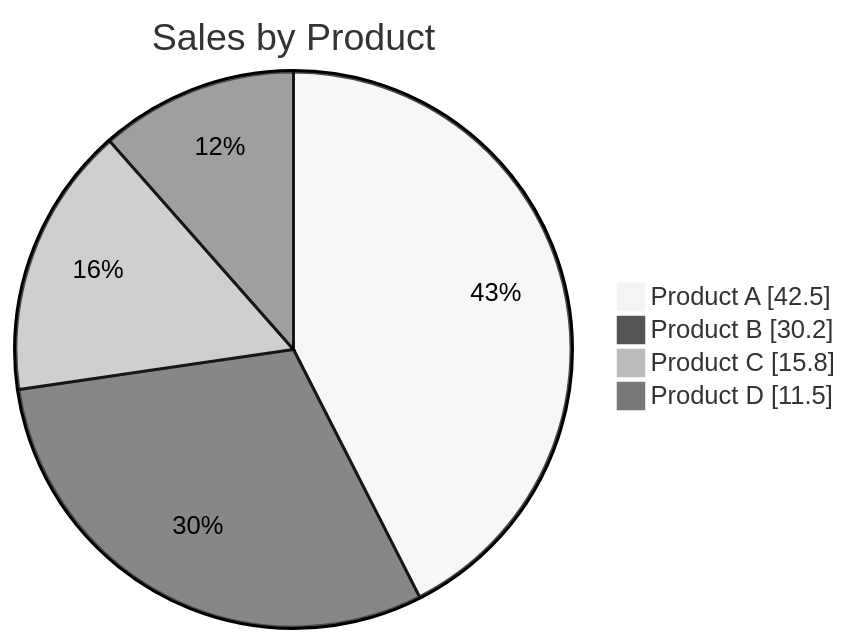
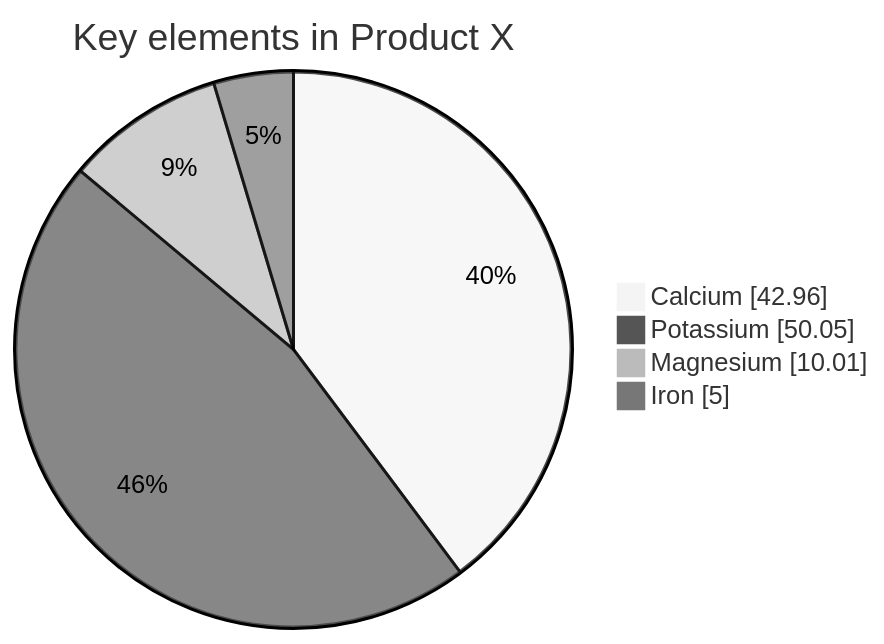
One commit to teachingai/full-stack-skills changed the second of 4 diagrams in skills/mermaid/examples/pie.md. Above: the diagram before and after it, drawn with Mermaid (neutral theme). The commit also changed other lines of this file and 21 other files, not shown here.

First line of the commit message:
docs(mermaid): 更新架构、块、C4和类图示例文档

````diff
--- a/skills/mermaid/examples/pie.md
+++ b/skills/mermaid/examples/pie.md
@@ -29,7 +33,8 @@
 ```mermaid
-pie showData title Sales by Product
-    "Product A" : 42.5
-    "Product B" : 30.2
-    "Product C" : 15.8
-    "Product D" : 11.5
+pie showData
+    title Key elements in Product X
+    "Calcium" : 42.96
+    "Potassium" : 50.05
+    "Magnesium" : 10.01
+    "Iron" : 5
 ```
````
